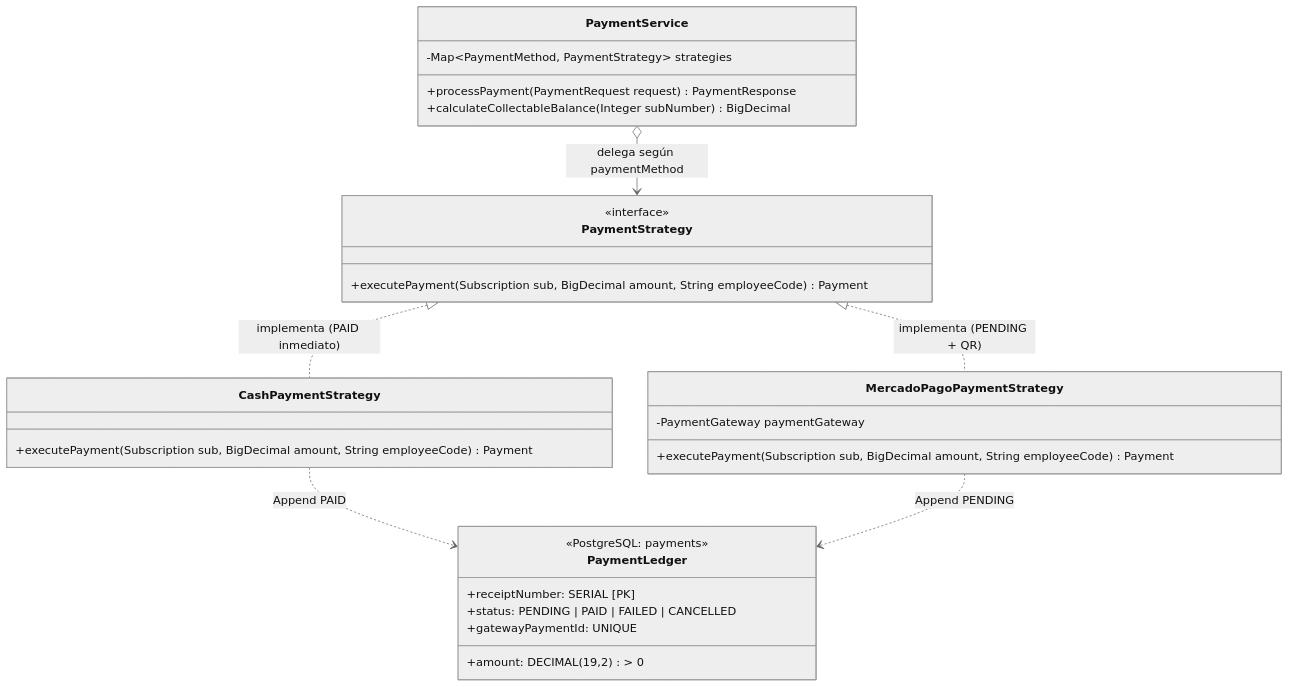
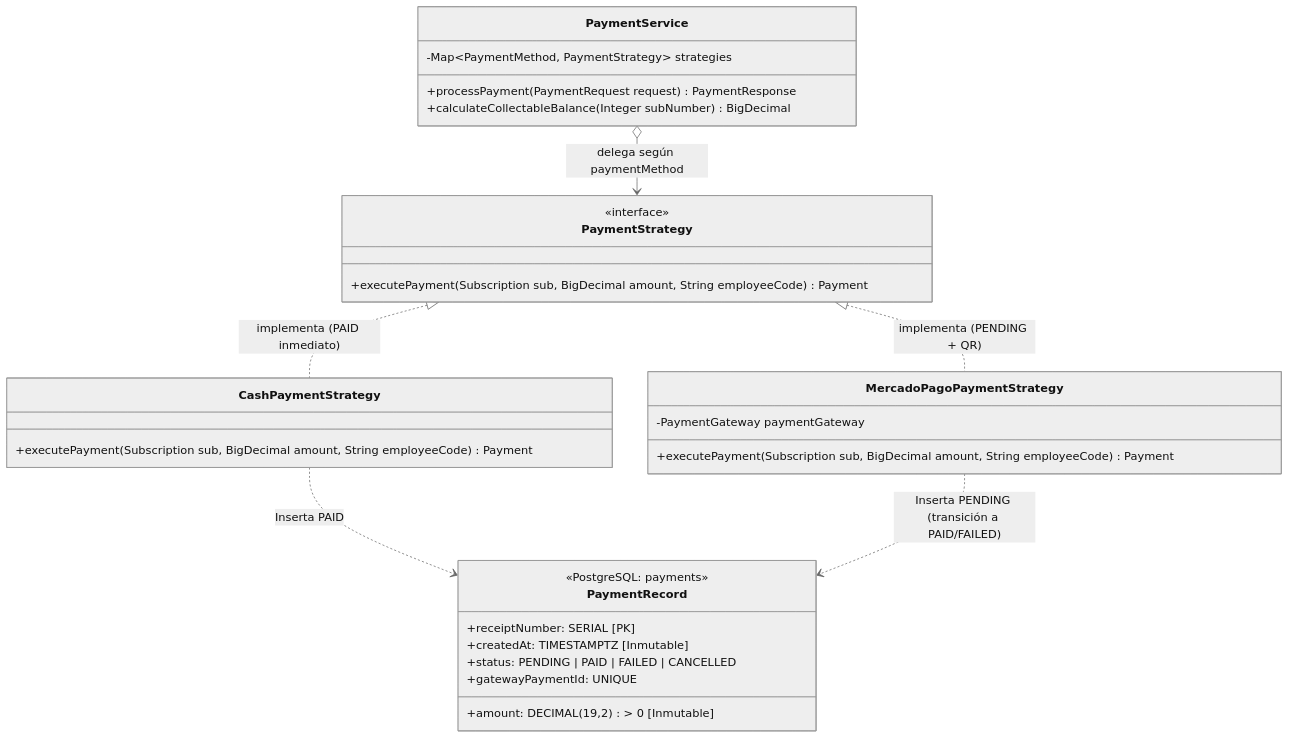
The diagram in docs/adr/ADR-0008-modelo-pagos-ledger-inmutable-estrategia-metodo.md (santiagovOK/TFI_grupo144), drawn with Mermaid (neutral theme) before and after one commit. The commit also changed other lines of this file and 8 other files, not shown here.

Commit message:
docs(adr): clarify decision guarantees and planned architecture records

````diff
--- a/docs/adr/ADR-0008-modelo-pagos-ledger-inmutable-estrategia-metodo.md
+++ b/docs/adr/ADR-0008-modelo-pagos-ledger-inmutable-estrategia-metodo.md
@@ -48,39 +51,40 @@
 ```mermaid
 classDiagram
     direction TB
 
     class PaymentService {
         -Map~PaymentMethod, PaymentStrategy~ strategies
         +processPayment(PaymentRequest request) PaymentResponse
         +calculateCollectableBalance(Integer subNumber) BigDecimal
     }
 
     class PaymentStrategy {
         <<interface>>
         +executePayment(Subscription sub, BigDecimal amount, String employeeCode) Payment
     }
 
     class CashPaymentStrategy {
         +executePayment(Subscription sub, BigDecimal amount, String employeeCode) Payment
     }
 
     class MercadoPagoPaymentStrategy {
         -PaymentGateway paymentGateway
         +executePayment(Subscription sub, BigDecimal amount, String employeeCode) Payment
     }
 
     PaymentService o--> PaymentStrategy : delega según paymentMethod
     PaymentStrategy <|.. CashPaymentStrategy : implementa (PAID inmediato)
     PaymentStrategy <|.. MercadoPagoPaymentStrategy : implementa (PENDING + QR)
 
-    class PaymentLedger {
+    class PaymentRecord {
         <<PostgreSQL: payments>>
         +receiptNumber: SERIAL [PK]
-        +amount: DECIMAL(19,2) > 0
+        +amount: DECIMAL(19,2) > 0 [Inmutable]
+        +createdAt: TIMESTAMPTZ [Inmutable]
         +status: PENDING | PAID | FAILED | CANCELLED
         +gatewayPaymentId: UNIQUE
     }
 
-    CashPaymentStrategy ..> PaymentLedger : Append PAID
-    MercadoPagoPaymentStrategy ..> PaymentLedger : Append PENDING
+    CashPaymentStrategy ..> PaymentRecord : Inserta PAID
+    MercadoPagoPaymentStrategy ..> PaymentRecord : Inserta PENDING (transición a PAID/FAILED)
 ```
````
